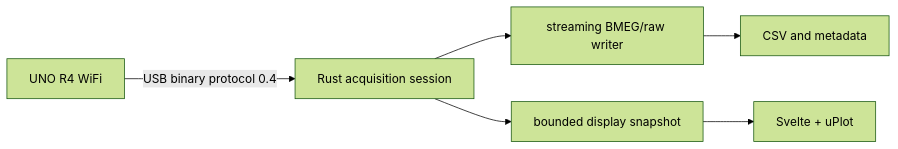
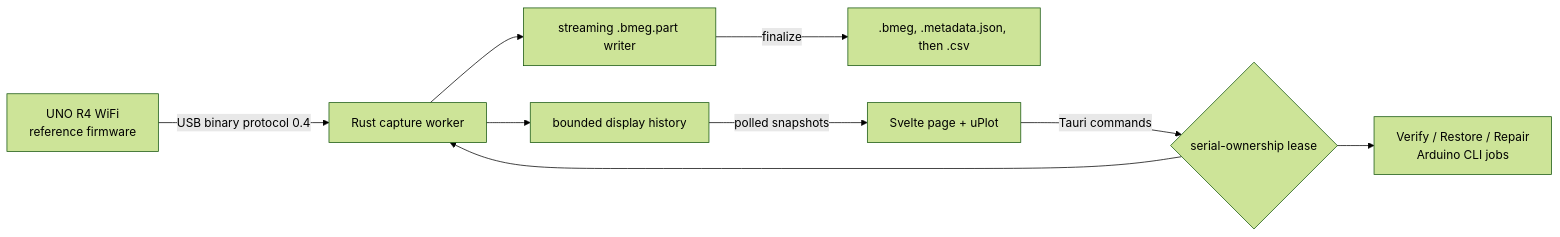
Before and after one commit to danielduqueurrego/wvu-bioinstrumentation-studio: the diagram in docs/ARCHITECTURE.md, drawn with Mermaid (forest theme). The commit also changed other lines of this file and 18 other files, not shown here.

````diff
--- a/docs/ARCHITECTURE.md
+++ b/docs/ARCHITECTURE.md
@@ -5,8 +5,11 @@
 ```mermaid
 flowchart LR
-  UNO[UNO R4 WiFi] -->|USB binary protocol 0.4| Rust[Rust acquisition session]
-  Rust --> BMEG[streaming BMEG/raw writer]
-  Rust --> Display[bounded display snapshot]
-  Display --> UI[Svelte + uPlot]
-  BMEG --> CSV[CSV and metadata]
+  UNO[UNO R4 WiFi\nreference firmware] -->|USB binary protocol 0.4| Worker[Rust capture worker]
+  Worker --> BMEG[streaming .bmeg.part writer]
+  Worker --> Display[bounded display history]
+  BMEG -->|finalize| Files[.bmeg, .metadata.json, then .csv]
+  Display -->|polled snapshots| UI[Svelte page + uPlot]
+  UI -->|Tauri commands| Lease{serial-ownership lease}
+  Lease --> Worker
+  Lease --> Firmware[Verify / Restore / Repair\nArduino CLI jobs]
 ```
````
